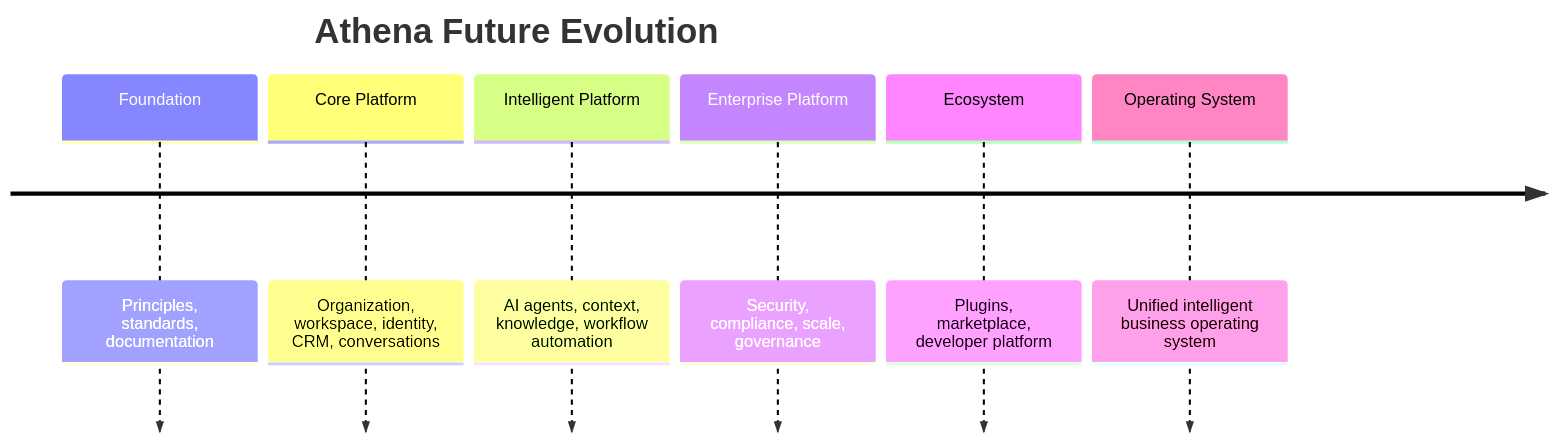
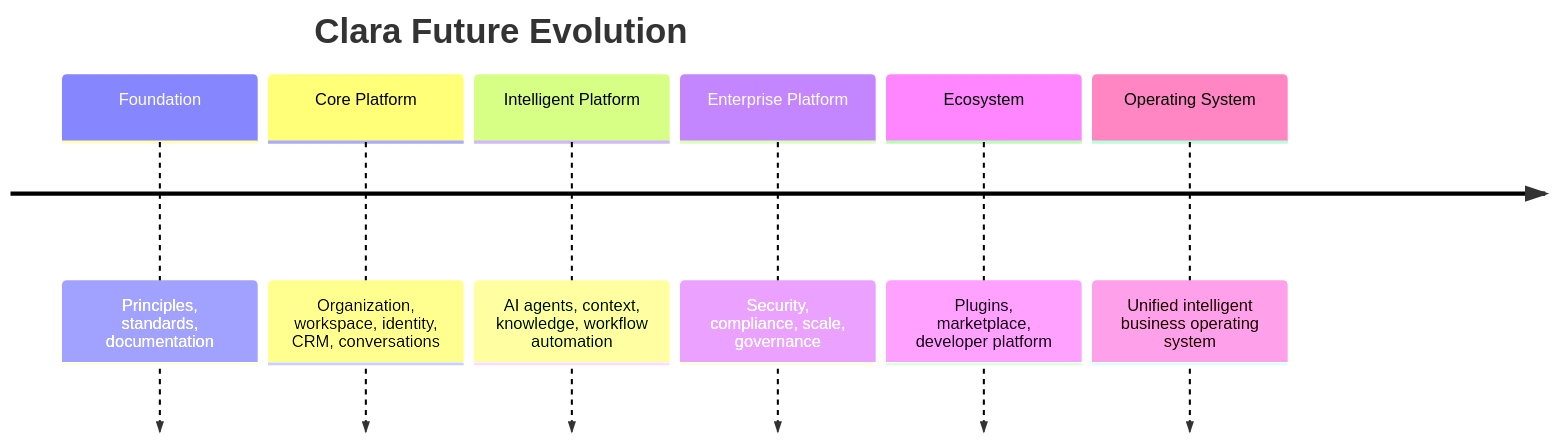
One commit to VaxXinE/CLARA changed the diagram in docs/BOOK-02-Master-Blueprint/PART-01-Platform-Vision/10-Future-Vision.md. Above: the diagram before and after it, drawn with Mermaid. The commit also changed other lines of this file and 529 other files, not shown here.

````diff
--- a/docs/BOOK-02-Master-Blueprint/PART-01-Platform-Vision/10-Future-Vision.md
+++ b/docs/BOOK-02-Master-Blueprint/PART-01-Platform-Vision/10-Future-Vision.md
@@ -31,10 +31,10 @@
 ```mermaid
 timeline
-    title Athena Future Evolution
+    title Clara Future Evolution
     Foundation : Principles, standards, documentation
     Core Platform : Organization, workspace, identity, CRM, conversations
     Intelligent Platform : AI agents, context, knowledge, workflow automation
     Enterprise Platform : Security, compliance, scale, governance
     Ecosystem : Plugins, marketplace, developer platform
     Operating System : Unified intelligent business operating system
 ```
````
